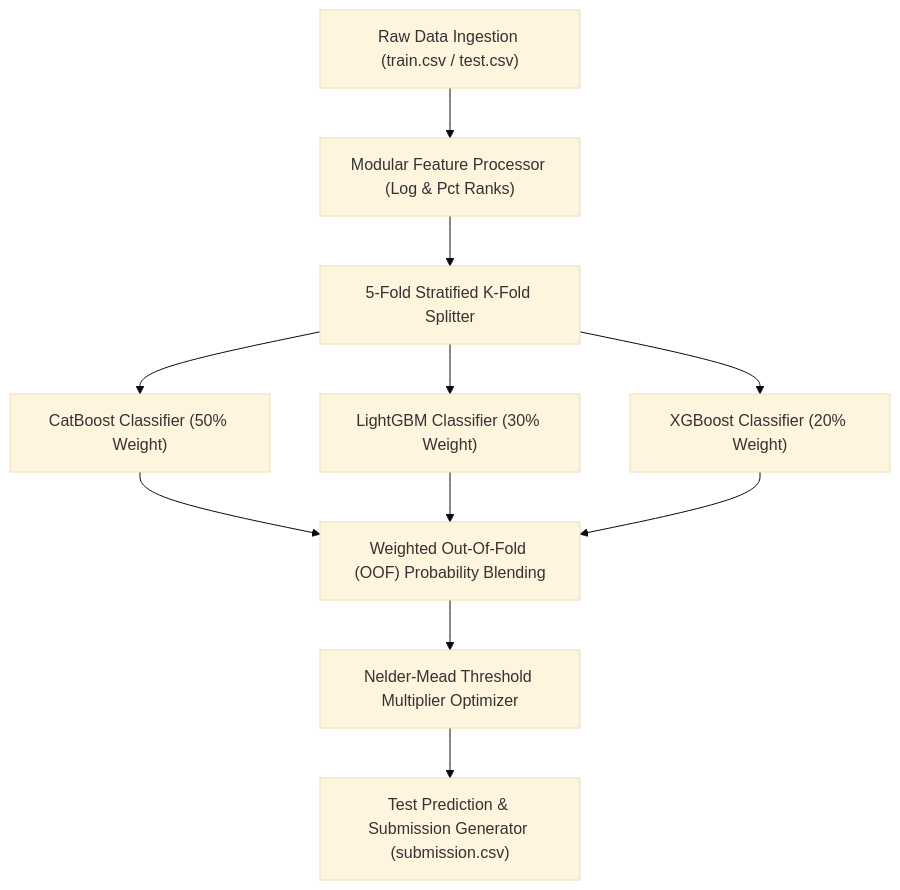
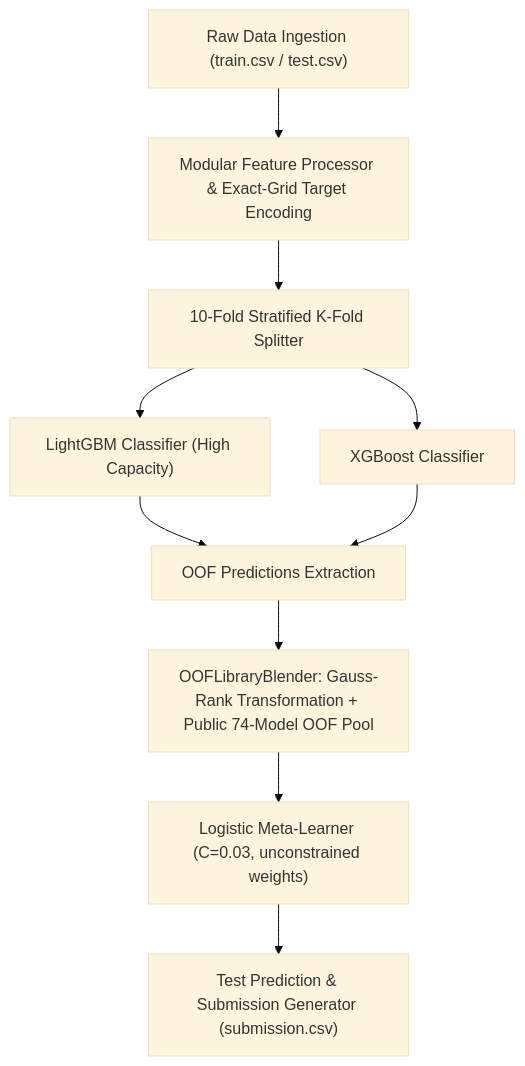
The diagram in README.md (AliAziziDH/playground-series-s6e8), drawn with Mermaid (base theme) before and after one commit. The commit also changed other lines of this file and 7 other files, not shown here.

Commit message:
Apply ValueLevel Target Encoding and update lightgbm config

````diff
--- a/README.md
+++ b/README.md
@@ -14,13 +17,12 @@
 ```mermaid
 graph TD
-    A["Raw Data Ingestion (train.csv / test.csv)"] --> B["Modular Feature Processor (Log & Pct Ranks)"]
-    B --> C["5-Fold Stratified K-Fold Splitter"]
-    C --> D["CatBoost Classifier (50% Weight)"]
-    C --> E["LightGBM Classifier (30% Weight)"]
-    C --> F["XGBoost Classifier (20% Weight)"]
-    D --> G["Weighted Out-Of-Fold (OOF) Probability Blending"]
-    E --> G
+    A["Raw Data Ingestion (train.csv / test.csv)"] --> B["Modular Feature Processor & Exact-Grid Target Encoding"]
+    B --> C["10-Fold Stratified K-Fold Splitter"]
+    C --> E["LightGBM Classifier (High Capacity)"]
+    C --> F["XGBoost Classifier"]
+    E --> G["OOF Predictions Extraction"]
     F --> G
-    G --> H["Nelder-Mead Threshold Multiplier Optimizer"]
-    H --> I["Test Prediction & Submission Generator (submission.csv)"]
+    G --> H["OOFLibraryBlender: Gauss-Rank Transformation + Public 74-Model OOF Pool"]
+    H --> I["Logistic Meta-Learner (C=0.03, unconstrained weights)"]
+    I --> J["Test Prediction & Submission Generator (submission.csv)"]
 ```
````
